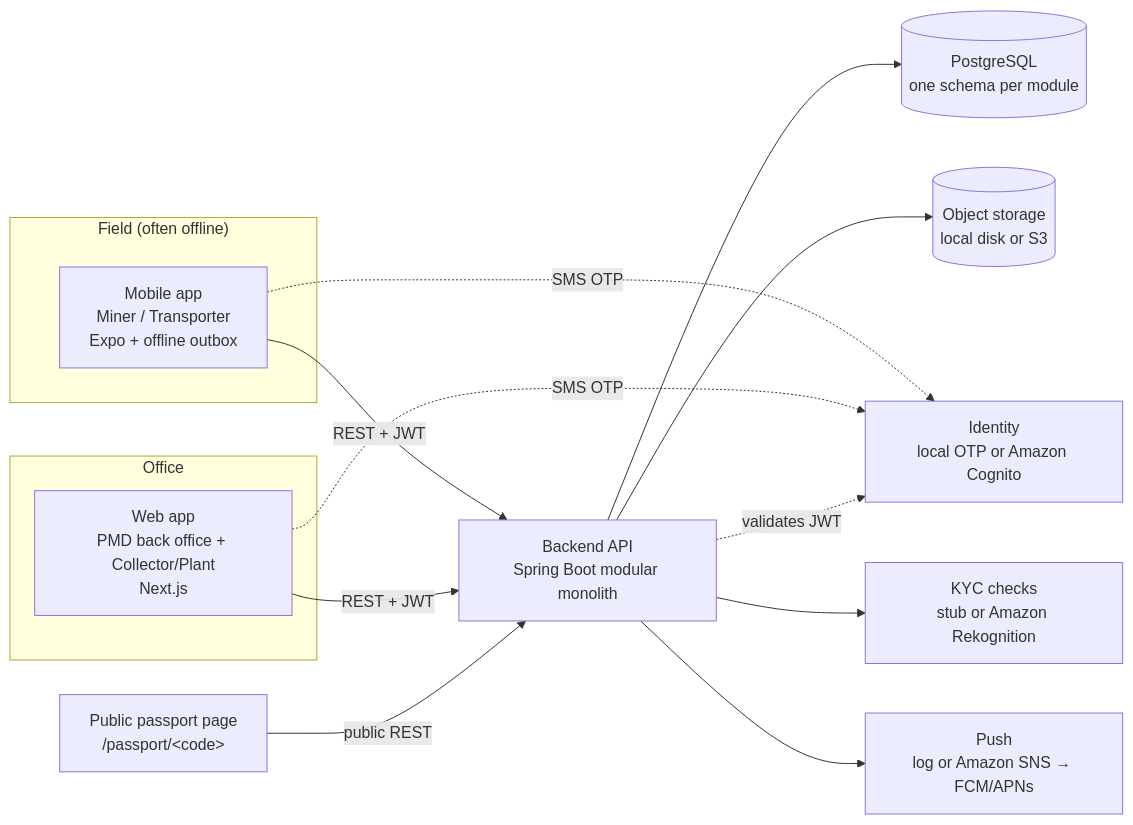
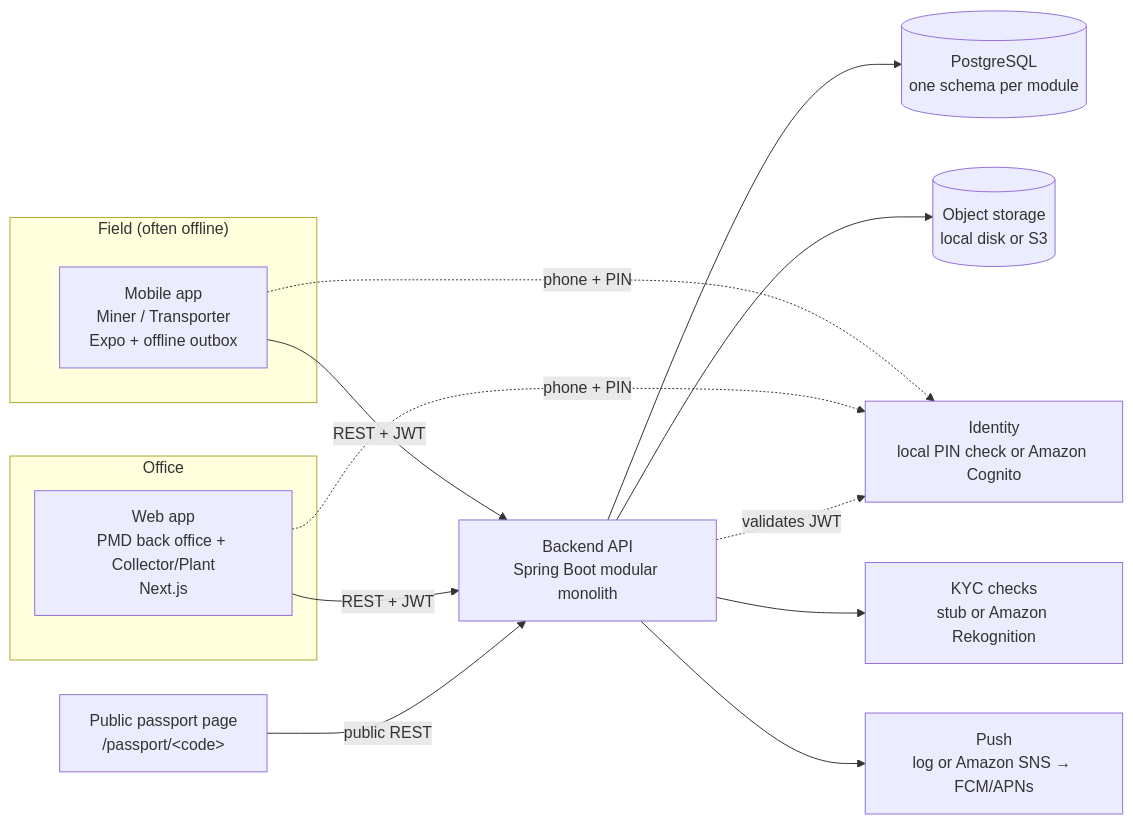
Before and after one commit to ssbsoftrepo/Gold-Passport: the first of 2 diagrams in docs/architecture.md, drawn with Mermaid. The commit also changed other lines of this file and 17 other files, not shown here.

First line of the commit message:
docs: phone number + PIN sign-in without SMS

````diff
--- a/docs/architecture.md
+++ b/docs/architecture.md
@@ -5,27 +5,27 @@
 ```mermaid
 flowchart LR
     subgraph Field["Field (often offline)"]
         MA[Mobile app<br/>Miner / Transporter<br/>Expo + offline outbox]
     end
     subgraph Office["Office"]
         WA[Web app<br/>PMD back office + Collector/Plant<br/>Next.js]
     end
     PUB[Public passport page<br/>/passport/&lt;code&gt;]
     API[Backend API<br/>Spring Boot modular monolith]
     DB[(PostgreSQL<br/>one schema per module)]
     FS[(Object storage<br/>local disk or S3)]
-    IDP[Identity<br/>local OTP or Amazon Cognito]
+    IDP[Identity<br/>local PIN check or Amazon Cognito]
     KYC[KYC checks<br/>stub or Amazon Rekognition]
     PUSH[Push<br/>log or Amazon SNS → FCM/APNs]
 
     MA -- REST + JWT --> API
     WA -- REST + JWT --> API
     PUB -- public REST --> API
-    MA -. SMS OTP .-> IDP
-    WA -. SMS OTP .-> IDP
+    MA -. phone + PIN .-> IDP
+    WA -. phone + PIN .-> IDP
     API --> DB
     API --> FS
     API -. validates JWT .-> IDP
     API --> KYC
     API --> PUSH
 ```
````
